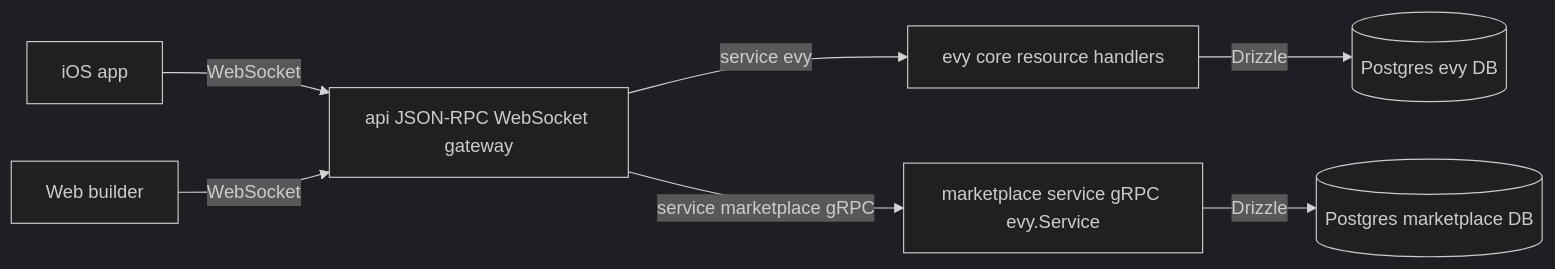
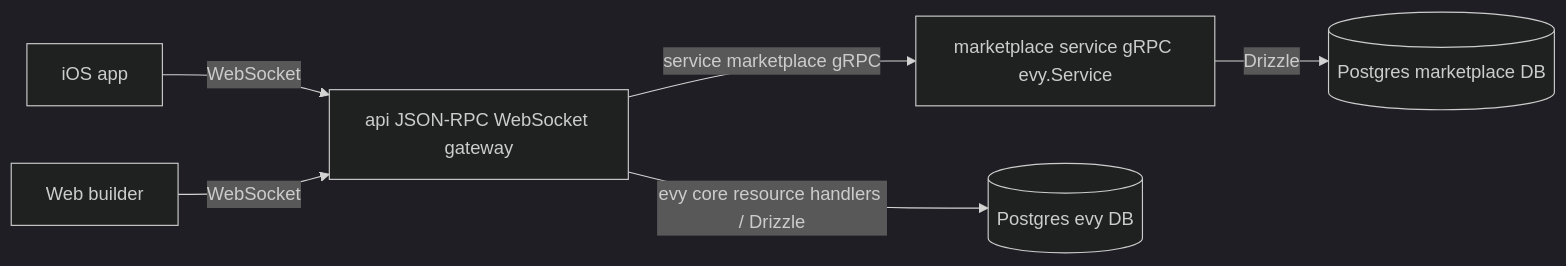
Before and after one commit to EVY-Platform/evy: the diagram in README.md, drawn with Mermaid (dark theme). The commit also changed other lines of this file and 138 other files, not shown here.

````diff
--- a/README.md
+++ b/README.md
@@ -7,18 +7,16 @@
 ```mermaid
 flowchart LR
     ios[iOS app]
     web[Web builder]
 
     api[api JSON-RPC WebSocket gateway]
-    core[evy core resource handlers]
     marketplace[marketplace service gRPC evy.Service]
     evyDb[(Postgres evy DB)]
     mpDb[(Postgres marketplace DB)]
 
     ios -- WebSocket --> api
     web -- WebSocket --> api
-    api -- service evy --> core
-    core -- Drizzle --> evyDb
+    api -- evy core resource handlers / Drizzle --> evyDb
     api -- service marketplace gRPC --> marketplace
     marketplace -- Drizzle --> mpDb
 ```
````
